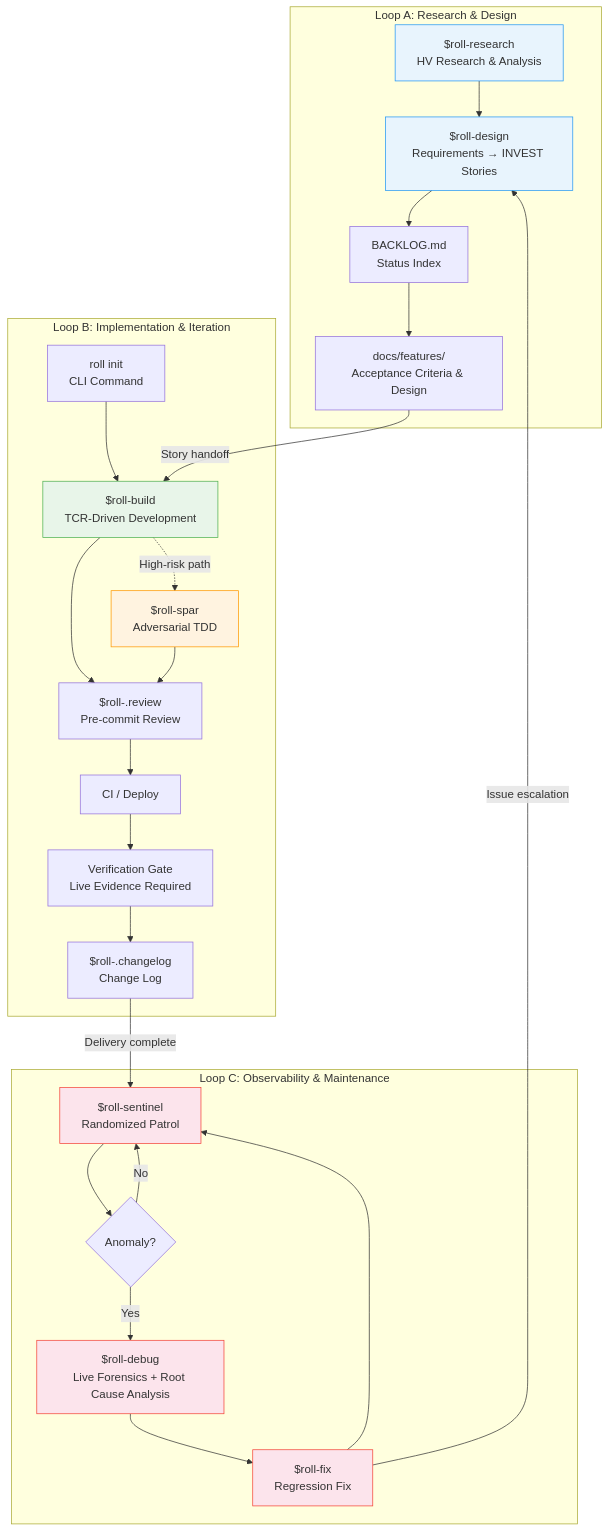
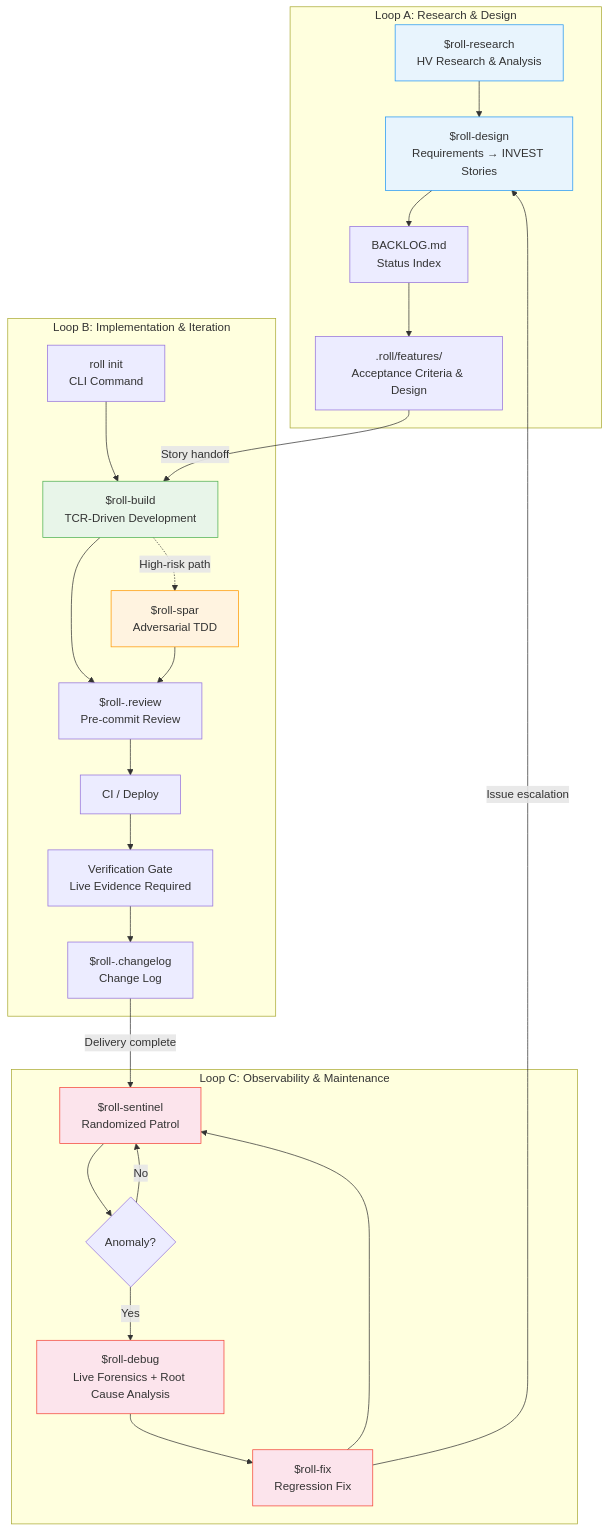
Before and after one commit to seanyao/roll: the first of 2 diagrams in guide/en/methodology.md, drawn with Mermaid. The commit also changed other lines of this file and 11 other files, not shown here.

````diff
--- a/guide/en/methodology.md
+++ b/guide/en/methodology.md
@@ -25,38 +25,38 @@
 ```mermaid
 graph TB
     subgraph "Loop A: Research & Design"
         A1["$roll-research<br/>HV Research & Analysis"] --> A2["$roll-design<br/>Requirements → INVEST Stories"]
         A2 --> A3["BACKLOG.md<br/>Status Index"]
-        A3 --> A4["docs/features/<br/>Acceptance Criteria & Design"]
+        A3 --> A4[".roll/features/<br/>Acceptance Criteria & Design"]
     end
 
     subgraph "Loop B: Implementation & Iteration"
         B1["roll init<br/>CLI Command"] --> B2["$roll-build<br/>TCR-Driven Development"]
         B2 --> B3["$roll-.review<br/>Pre-commit Review"]
         B3 --> B4["CI / Deploy"]
         B4 --> B5["Verification Gate<br/>Live Evidence Required"]
         B5 --> B6["$roll-.changelog<br/>Change Log"]
         B2 -.->|High-risk path| B7["$roll-spar<br/>Adversarial TDD"]
         B7 --> B3
     end
 
     subgraph "Loop C: Observability & Maintenance"
         C1["$roll-sentinel<br/>Randomized Patrol"] --> C2{"Anomaly?"}
         C2 -->|Yes| C3["$roll-debug<br/>Live Forensics + Root Cause Analysis"]
         C3 --> C5["$roll-fix<br/>Regression Fix"]
         C5 --> C1
         C2 -->|No| C1
     end
 
     A4 -->|"Story handoff"| B2
     B6 -->|"Delivery complete"| C1
     C5 -->|"Issue escalation"| A2
 
     style A1 fill:#e8f4fd,stroke:#2196F3
     style A2 fill:#e8f4fd,stroke:#2196F3
     style B2 fill:#e8f5e9,stroke:#4CAF50
     style B7 fill:#fff3e0,stroke:#FF9800
     style C1 fill:#fce4ec,stroke:#F44336
     style C3 fill:#fce4ec,stroke:#F44336
     style C5 fill:#fce4ec,stroke:#F44336
 ```
````
